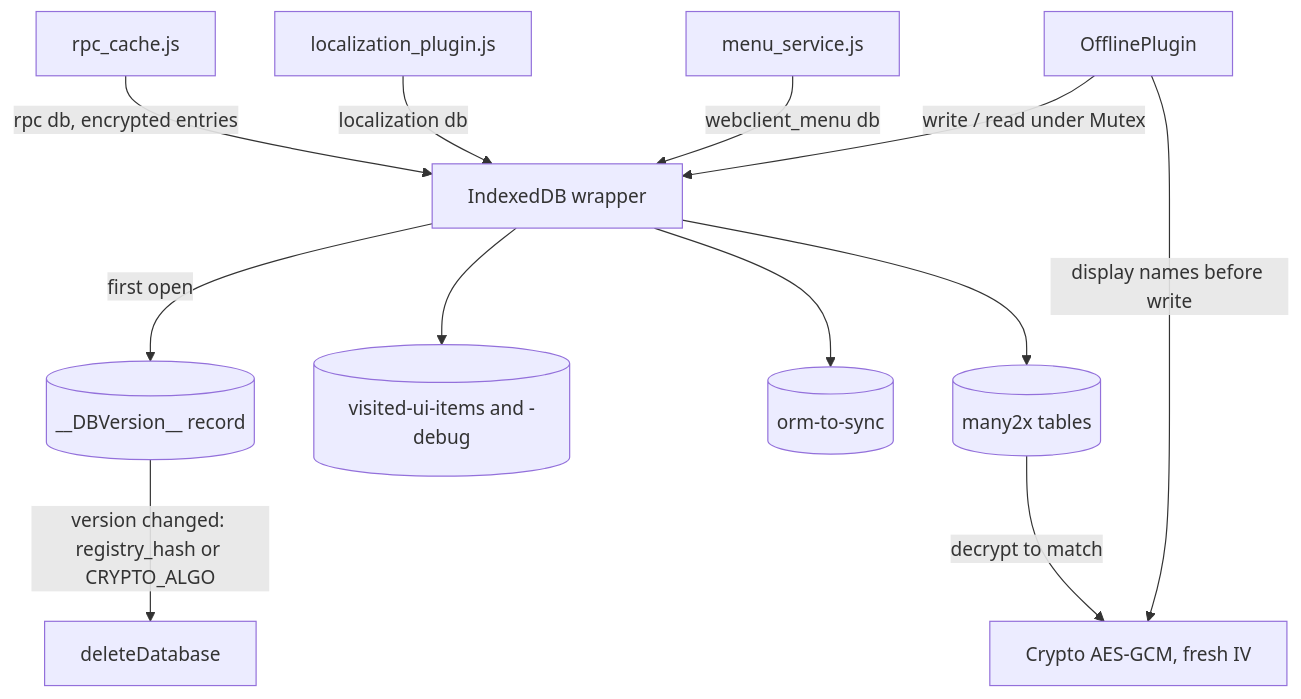
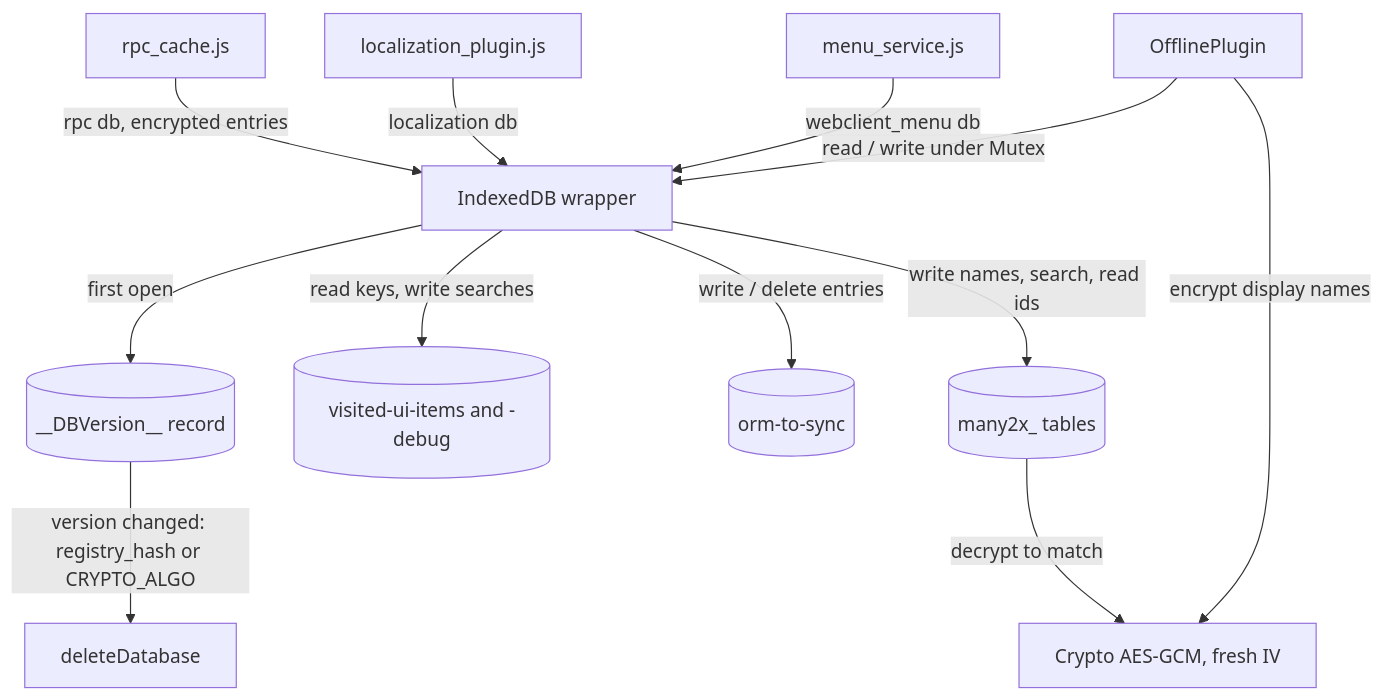
One commit to blitzy-public-samples/odoo changed the diagram in droid-wiki/features/offline-and-pwa/local-store.md. Above: the diagram before and after it, drawn with Mermaid. The commit also changed other lines of this file and 78 other files, not shown here.

````diff
--- a/droid-wiki/features/offline-and-pwa/local-store.md
+++ b/droid-wiki/features/offline-and-pwa/local-store.md
@@ -68,14 +55,14 @@
 ```mermaid
 graph TD
-    OP["OfflinePlugin"] -->|"write / read under Mutex"| W["IndexedDB wrapper"]
+    OP["OfflinePlugin"] -->|"read / write under Mutex"| W["IndexedDB wrapper"]
     MS["menu_service.js"] -->|"webclient_menu db"| W
     LP["localization_plugin.js"] -->|"localization db"| W
     RC["rpc_cache.js"] -->|"rpc db, encrypted entries"| W
     W -->|"first open"| VT[("__DBVersion__ record")]
     VT -->|"version changed: registry_hash or CRYPTO_ALGO"| WIPE["deleteDatabase"]
-    W --> T1[("visited-ui-items and -debug")]
-    W --> T2[("orm-to-sync")]
-    W --> T3[("many2x tables")]
-    OP -->|"display names before write"| CR["Crypto AES-GCM, fresh IV"]
+    W -->|"read keys, write searches"| T1[("visited-ui-items and -debug")]
+    W -->|"write / delete entries"| T2[("orm-to-sync")]
+    W -->|"write names, search, read ids"| T3[("many2x_ tables")]
+    OP -->|"encrypt display names"| CR["Crypto AES-GCM, fresh IV"]
     T3 -->|"decrypt to match"| CR
 ```
````
